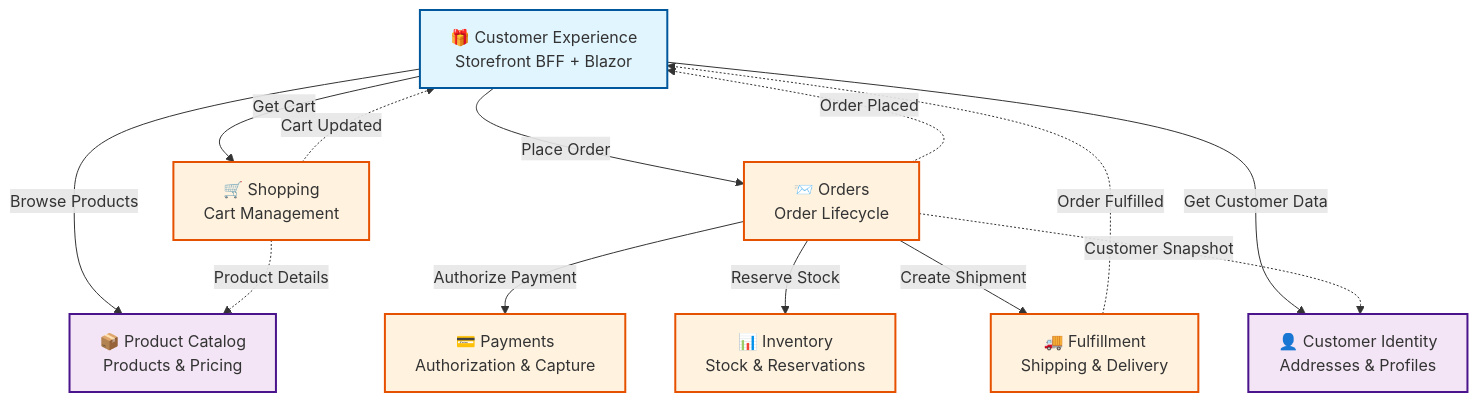
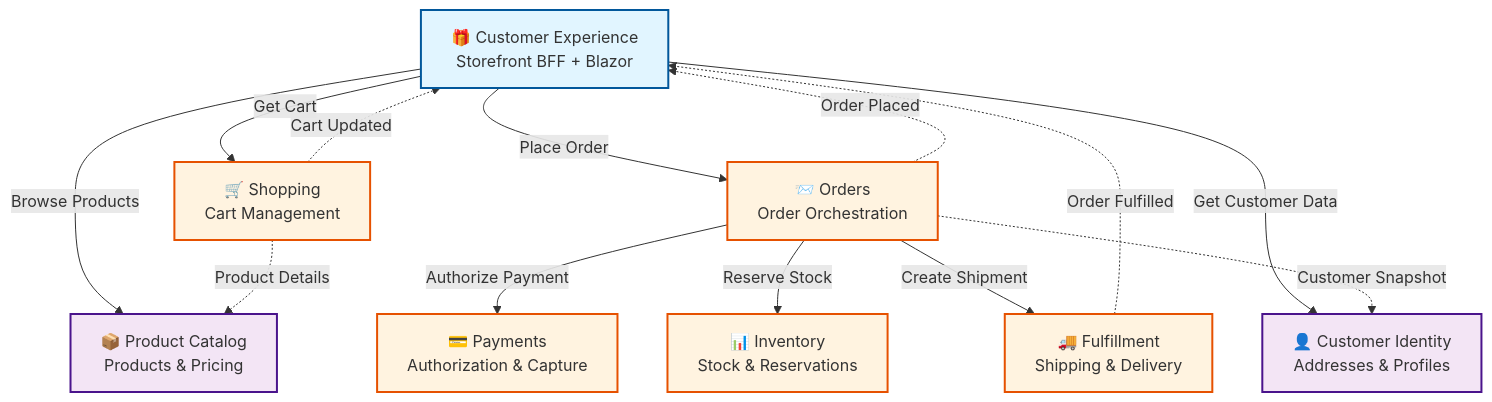
Before and after one commit to erikshafer/CritterSupply: the diagram in README.md, drawn with Mermaid. The commit also changed other lines of this file and 7 other files, not shown here.

````diff
--- a/README.md
+++ b/README.md
@@ -66,44 +66,44 @@
 ```mermaid
 graph TB
     %% Customer-Facing Layer
     CE[🎁 Customer Experience<br/>Storefront BFF + Blazor]
     
     %% Core Business Contexts
     Shopping[🛒 Shopping<br/>Cart Management]
-    Orders[📨 Orders<br/>Order Lifecycle]
+    Orders[📨 Orders<br/>Order Orchestration]
     Payments[💳 Payments<br/>Authorization & Capture]
     Inventory[📊 Inventory<br/>Stock & Reservations]
     Fulfillment[🚚 Fulfillment<br/>Shipping & Delivery]
     
     %% Supporting Contexts
     CustomerID[👤 Customer Identity<br/>Addresses & Profiles]
     Catalog[📦 Product Catalog<br/>Products & Pricing]
     
     %% Customer Experience interactions
     CE -->|Get Cart| Shopping
     CE -->|Place Order| Orders
     CE -->|Browse Products| Catalog
     CE -->|Get Customer Data| CustomerID
     
     %% Order Orchestration (Saga)
     Orders -->|Authorize Payment| Payments
     Orders -->|Reserve Stock| Inventory
     Orders -->|Create Shipment| Fulfillment
     
     %% Data enrichment
     Shopping -.->|Product Details| Catalog
     Orders -.->|Customer Snapshot| CustomerID
     
     %% Real-time notifications
     Shopping -.->|Cart Updated| CE
     Orders -.->|Order Placed| CE
     Fulfillment -.->|Order Fulfilled| CE
     
     classDef bff fill:#e1f5ff,stroke:#01579b,stroke-width:2px
     classDef core fill:#fff3e0,stroke:#e65100,stroke-width:2px
     classDef support fill:#f3e5f5,stroke:#4a148c,stroke-width:2px
     
     class CE bff
     class Shopping,Orders,Payments,Inventory,Fulfillment core
     class CustomerID,Catalog support
 ```
````
